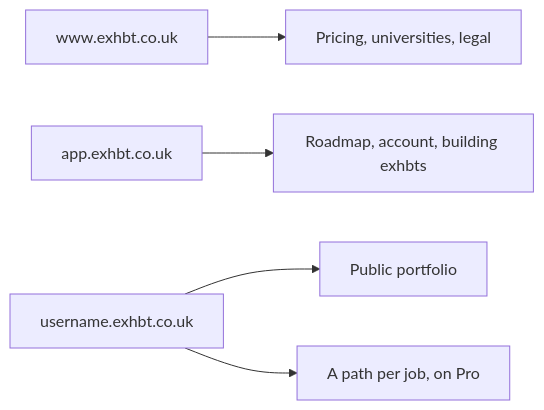
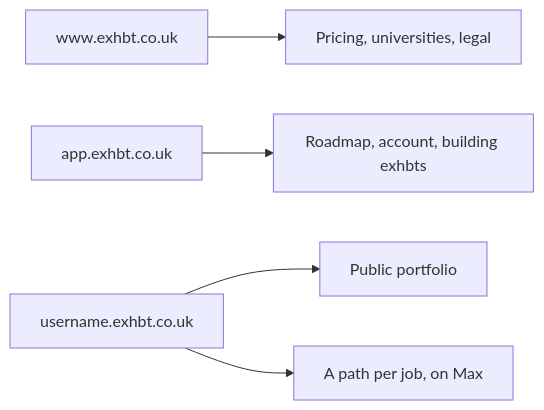
The diagram in docs/MAP.md (RCaborn/Exhbt), drawn with Mermaid before and after one commit. The commit also changed other lines of this file and 8 other files, not shown here.

````diff
--- a/docs/MAP.md
+++ b/docs/MAP.md
@@ -9,7 +9,7 @@
 ```mermaid
 flowchart LR
   www["www.exhbt.co.uk"] --> marketing["Pricing, universities, legal"]
   app["app.exhbt.co.uk"] --> tool["Roadmap, account, building exhbts"]
   person["username.exhbt.co.uk"] --> portfolio["Public portfolio"]
-  person --> job["A path per job, on Pro"]
+  person --> job["A path per job, on Max"]
 ```
````
